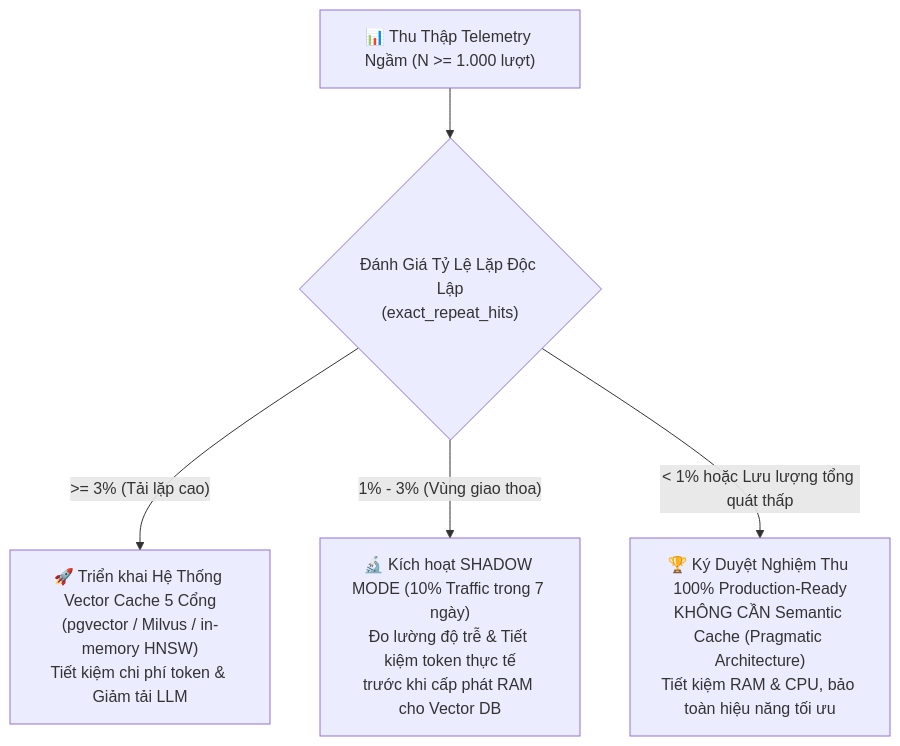
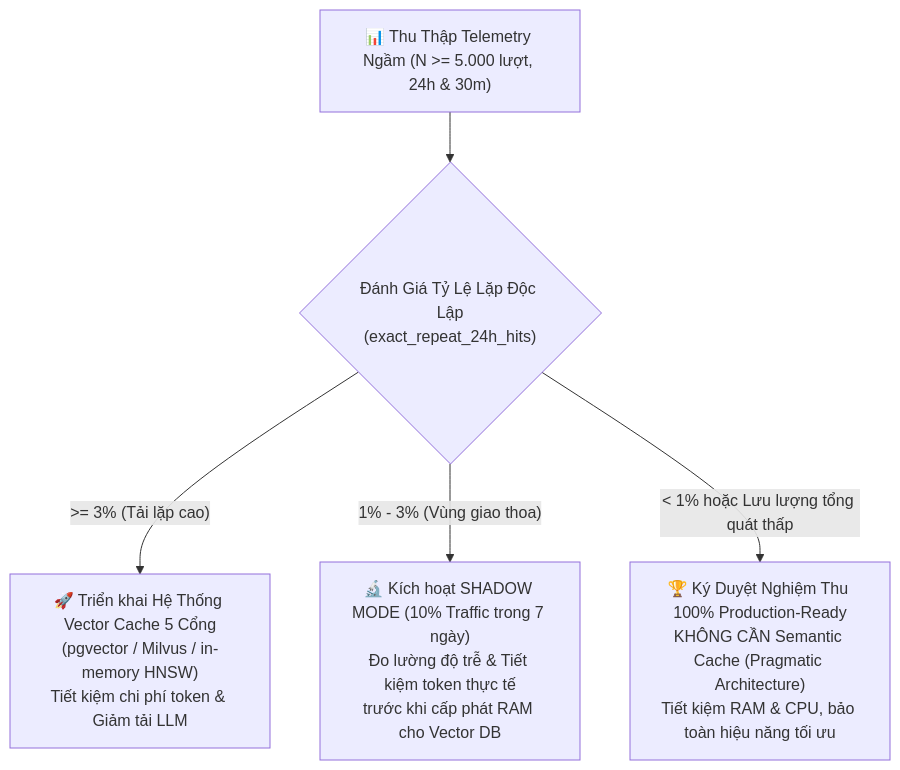
One commit to DoAnhThu832004/Back-end-Music changed the second of 2 diagrams in THIET_KE_CHI_TIET_LOP_7_CACHE_ROUTER.md. Above: the diagram before and after it, drawn with Mermaid. The commit also changed other lines of this file and 11 other files, not shown here.

````diff
--- a/THIET_KE_CHI_TIET_LOP_7_CACHE_ROUTER.md
+++ b/THIET_KE_CHI_TIET_LOP_7_CACHE_ROUTER.md
@@ -673,10 +702,10 @@
 ```mermaid
 graph TD
-    Data["📊 Thu Thập Telemetry Ngầm (N >= 1.000 lượt)"] --> Evaluate{"Đánh Giá Tỷ Lệ Lặp Độc Lập<br/>(exact_repeat_hits)"}
+    Data["📊 Thu Thập Telemetry Ngầm (N >= 5.000 lượt, 24h & 30m)"] --> Evaluate{"Đánh Giá Tỷ Lệ Lặp Độc Lập<br/>(exact_repeat_24h_hits)"}
     
     Evaluate -- ">= 3% (Tải lặp cao)" --> DeployCache["🚀 Triển khai Hệ Thống Vector Cache 5 Cổng<br/>(pgvector / Milvus / in-memory HNSW)<br/>Tiết kiệm chi phí token & Giảm tải LLM"]
     
     Evaluate -- "1% - 3% (Vùng giao thoa)" --> ShadowMode["🔬 Kích hoạt SHADOW MODE (10% Traffic trong 7 ngày)<br/>Đo lường độ trễ & Tiết kiệm token thực tế<br/>trước khi cấp phát RAM cho Vector DB"]
     
     Evaluate -- "< 1% hoặc Lưu lượng tổng quát thấp" --> SignOff["🏆 Ký Duyệt Nghiệm Thu 100% Production-Ready<br/>KHÔNG CẦN Semantic Cache (Pragmatic Architecture)<br/>Tiết kiệm RAM & CPU, bảo toàn hiệu năng tối ưu"]
 ```
````
